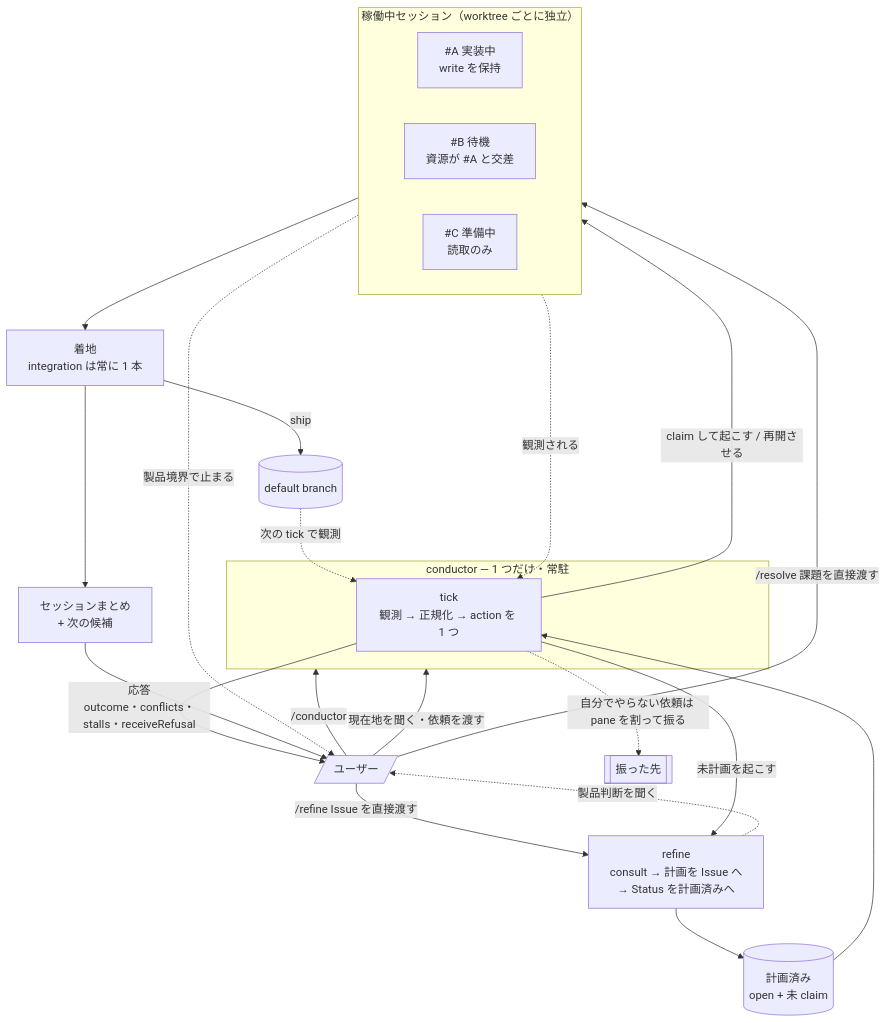
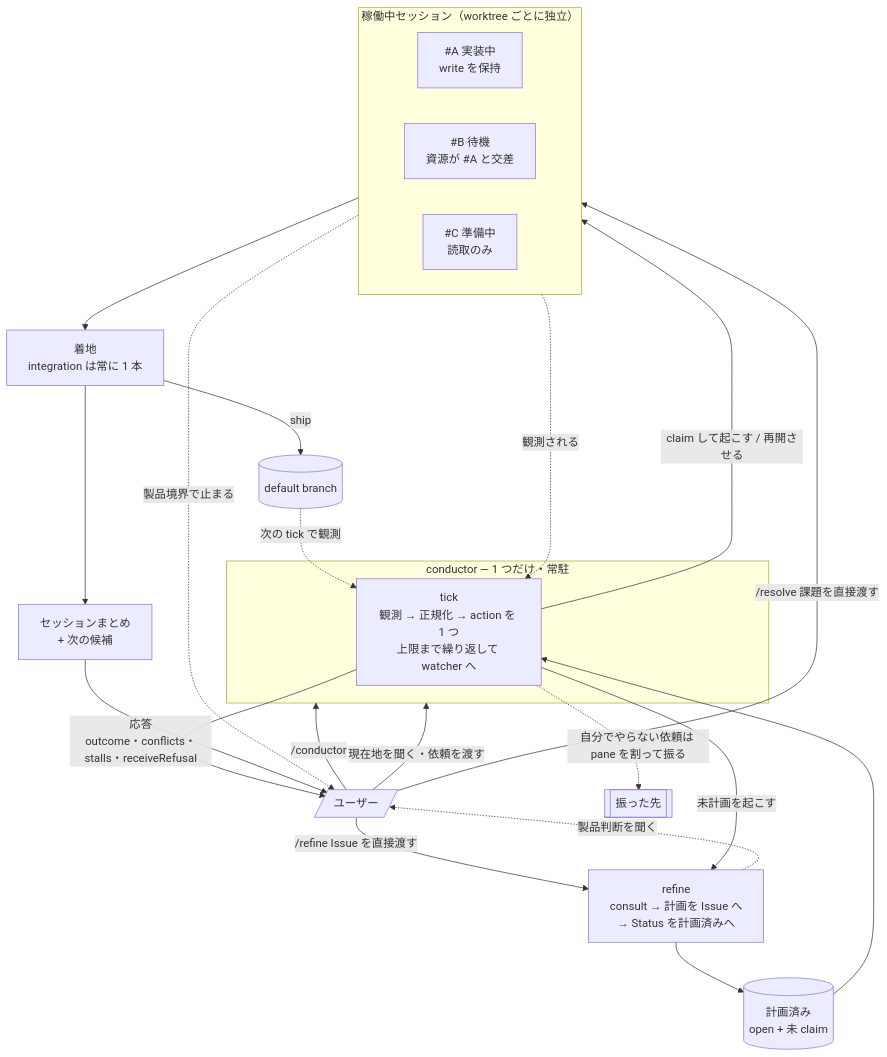
The diagram in agents/docs/README.md (usagizmo/agentfiles), drawn with Mermaid before and after one commit. The commit also changed other lines of this file and 31 other files, not shown here.

````diff
--- a/agents/docs/README.md
+++ b/agents/docs/README.md
@@ -25,34 +25,34 @@
 ```mermaid
 flowchart TB
     U[/ユーザー/] -->|/conductor| AP
     U -->|現在地を聞く・依頼を渡す| AP
     U -->|/resolve 課題を直接渡す| RUN
     U -->|/refine Issue を直接渡す| G
 
     subgraph AP["conductor — 1 つだけ・常駐"]
-        TICK["tick<br/>観測 → 正規化 → action を 1 つ"]
+        TICK["tick<br/>観測 → 正規化 → action を 1 つ<br/>上限まで繰り返して watcher へ"]
     end
 
     TICK -->|応答<br/>outcome・conflicts・stalls・receiveRefusal| U
     TICK -.自分でやらない依頼は pane を割って振る.-> DEL[["振った先"]]
 
     TICK -->|未計画を起こす| G["refine<br/>consult → 計画を Issue へ<br/>→ Status を計画済みへ"]
     G --> Q[("計画済み<br/>open + 未 claim")]
     Q --> TICK
 
     subgraph RUN["稼働中セッション（worktree ごとに独立）"]
         direction LR
         SA["#A 実装中<br/>write を保持"]
         SB["#B 待機<br/>資源が #A と交差"]
         SC["#C 準備中<br/>読取のみ"]
     end
 
     TICK -->|claim して起こす / 再開させる| RUN
     RUN -.観測される.-> TICK
     SA --> LAND["着地<br/>integration は常に 1 本"]
     LAND -->|ship| MAIN[(default branch)]
     MAIN -.次の tick で観測.-> TICK
     LAND --> RP[セッションまとめ<br/>+ 次の候補] --> U
     G -.製品判断を聞く.-> U
     RUN -.製品境界で止まる.-> U
 ```
````
